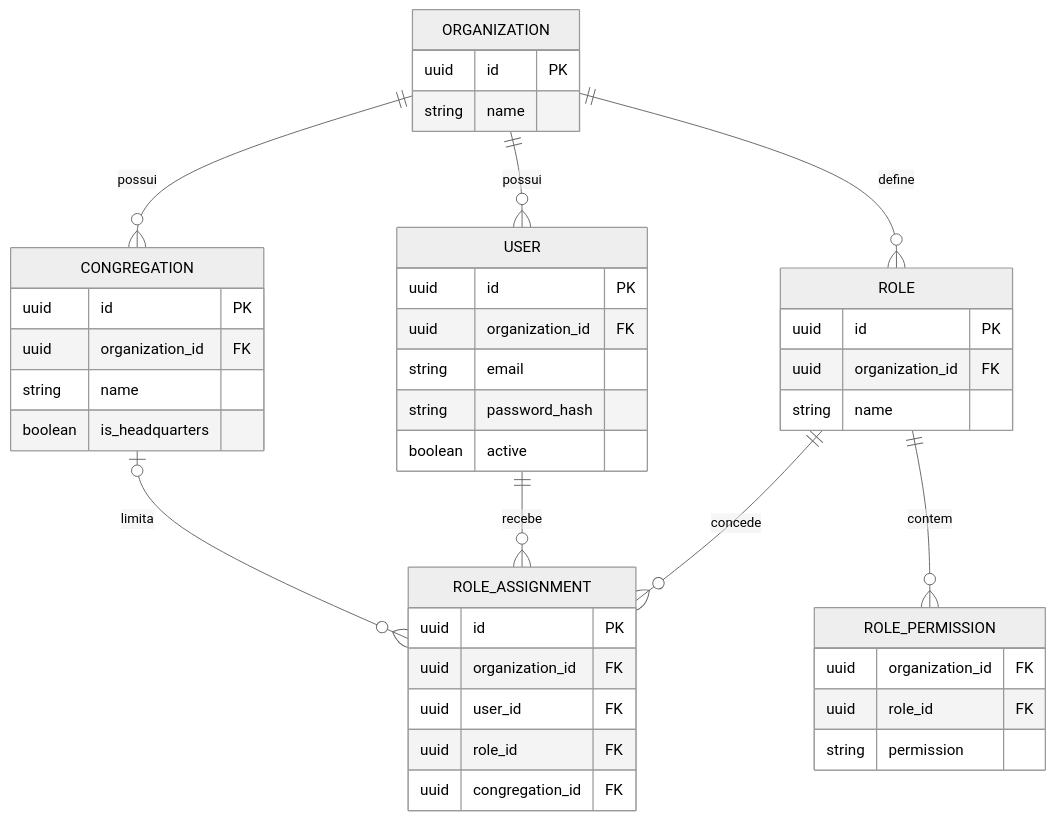
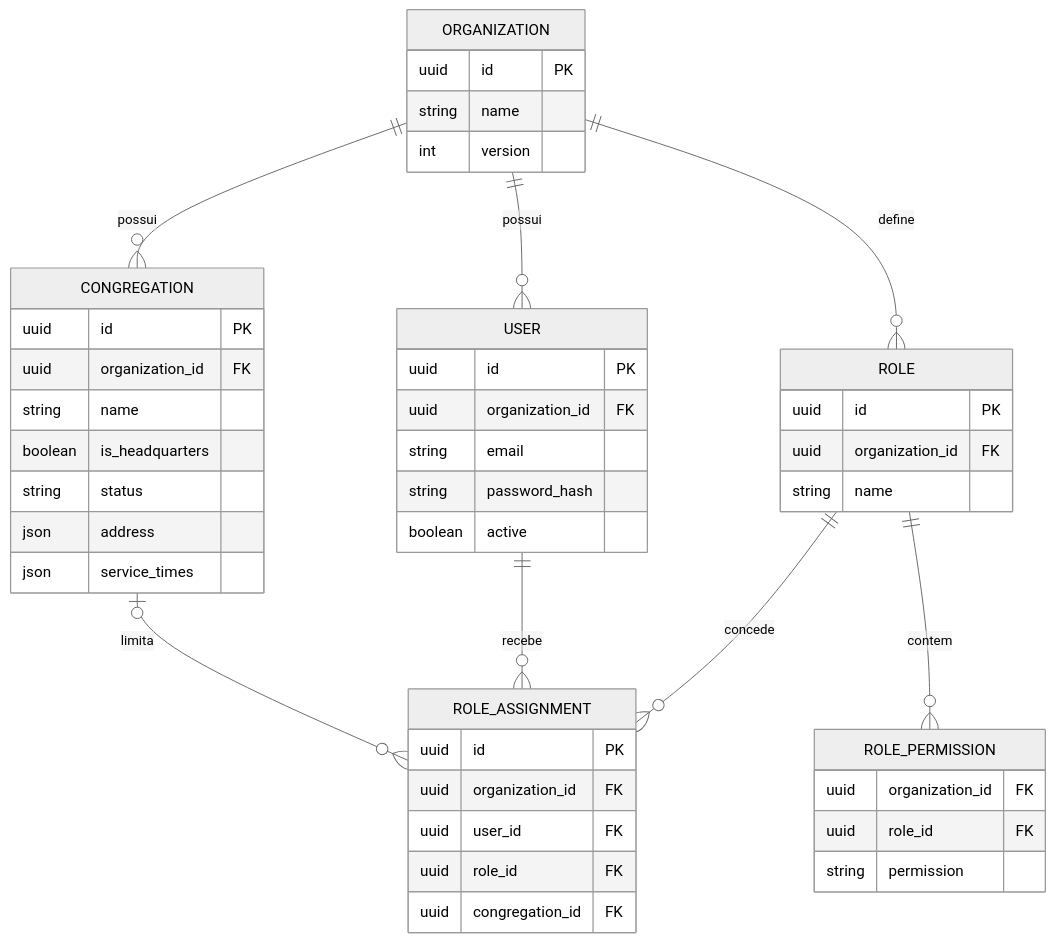
The second of 6 diagrams in docs/diagramas/modelo-er.md (JTllesJR/sistema-igreja), drawn with Mermaid (neutral theme) before and after one commit. The commit also changed other lines of this file and 8 other files, not shown here.

First line of the commit message:
docs: adr 0009 do modulo organization e complementos nos diagramas

````diff
--- a/docs/diagramas/modelo-er.md
+++ b/docs/diagramas/modelo-er.md
@@ -35,45 +38,49 @@
 ```mermaid
 erDiagram
     ORGANIZATION ||--o{ CONGREGATION : possui
     ORGANIZATION ||--o{ USER : possui
     ORGANIZATION ||--o{ ROLE : define
     USER ||--o{ ROLE_ASSIGNMENT : recebe
     ROLE ||--o{ ROLE_ASSIGNMENT : concede
     ROLE ||--o{ ROLE_PERMISSION : contem
     CONGREGATION |o--o{ ROLE_ASSIGNMENT : limita
 
     ORGANIZATION {
         uuid id PK
         string name
+        int version
     }
     CONGREGATION {
         uuid id PK
         uuid organization_id FK
         string name
         boolean is_headquarters
+        string status
+        json address
+        json service_times
     }
     USER {
         uuid id PK
         uuid organization_id FK
         string email
         string password_hash
         boolean active
     }
     ROLE {
         uuid id PK
         uuid organization_id FK
         string name
     }
     ROLE_PERMISSION {
         uuid organization_id FK
         uuid role_id FK
         string permission
     }
     ROLE_ASSIGNMENT {
         uuid id PK
         uuid organization_id FK
         uuid user_id FK
         uuid role_id FK
         uuid congregation_id FK
     }
 ```
````
